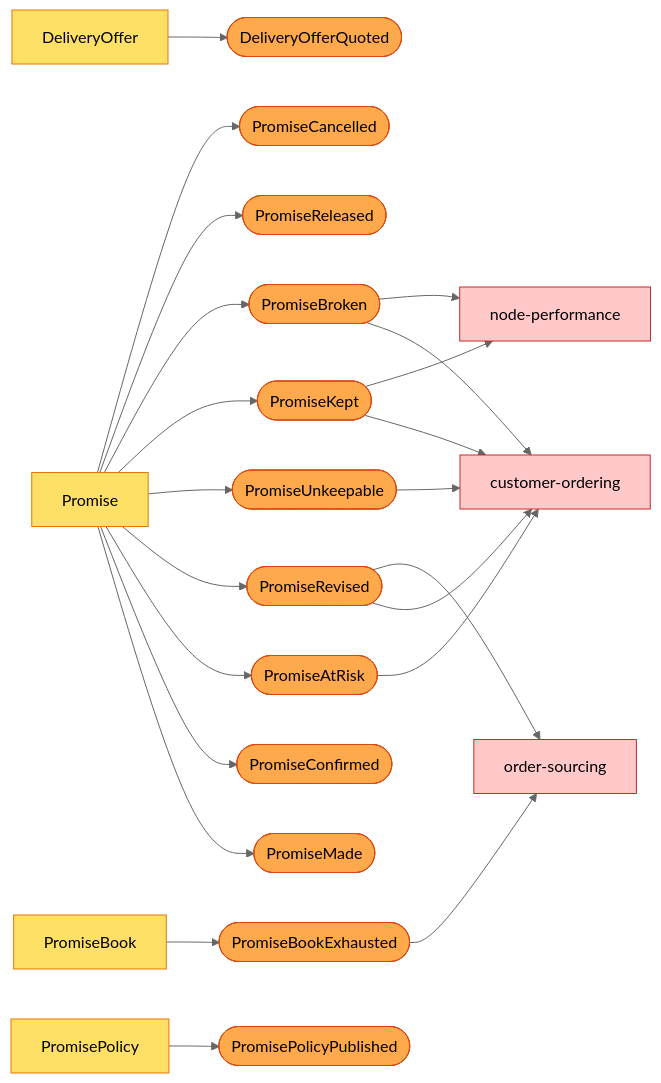
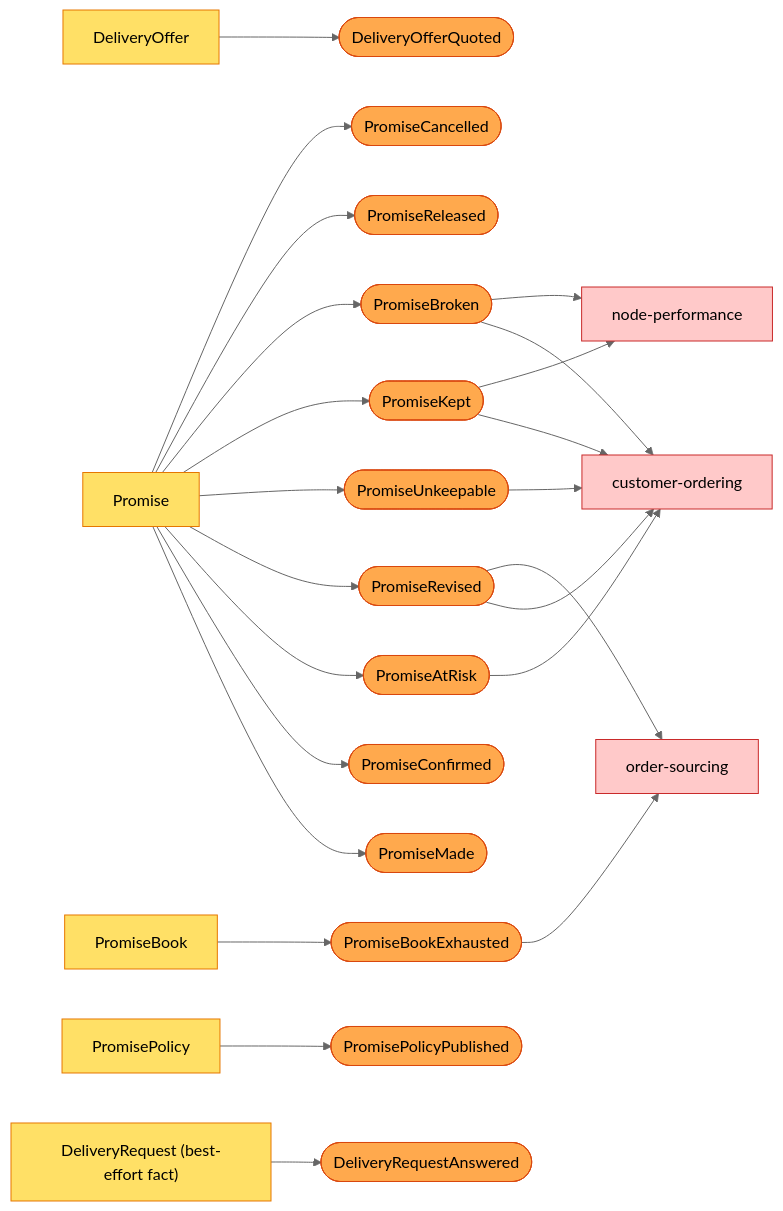
The diagram in docs/docs/ddd/domain-events.md (IQVO/delivery-promise), drawn with Mermaid (neutral theme) before and after one commit. The commit also changed other lines of this file and 18 other files, not shown here.

First line of the commit message:
docs: ADR 0031, the request-level coverage fact in the docs, regenerated API reference

````diff
--- a/docs/docs/ddd/domain-events.md
+++ b/docs/docs/ddd/domain-events.md
@@ -12,31 +12,33 @@
 ```mermaid
 flowchart LR
   classDef evt fill:#ffa94d,stroke:#d9480f,color:#000
   classDef agg fill:#ffe066,stroke:#e67700,color:#000
   classDef ext fill:#ffc9c9,stroke:#c92a2a,color:#000
   O["DeliveryOffer"]:::agg
   P["Promise"]:::agg
   B["PromiseBook"]:::agg
   PP["PromisePolicy"]:::agg
   O --> q(["DeliveryOfferQuoted"]):::evt
   P --> m(["PromiseMade"]):::evt
   P --> c(["PromiseConfirmed"]):::evt
   P --> ar(["PromiseAtRisk"]):::evt
   P --> rv(["PromiseRevised"]):::evt
   P --> uk(["PromiseUnkeepable"]):::evt
   P --> k(["PromiseKept"]):::evt
   P --> br(["PromiseBroken"]):::evt
   P --> rl(["PromiseReleased"]):::evt
   P --> cn(["PromiseCancelled"]):::evt
   B --> ex(["PromiseBookExhausted"]):::evt
   PP --> pp(["PromisePolicyPublished"]):::evt
+  RQ["DeliveryRequest (best-effort fact)"]:::agg
+  RQ --> ra(["DeliveryRequestAnswered"]):::evt
   ar --> CO["customer-ordering"]:::ext
   rv --> CO
   rv --> OS["order-sourcing"]:::ext
   uk --> CO
   k --> CO
   k --> NP["node-performance"]:::ext
   br --> CO
   br --> NP
   ex --> OS
 ```
````
